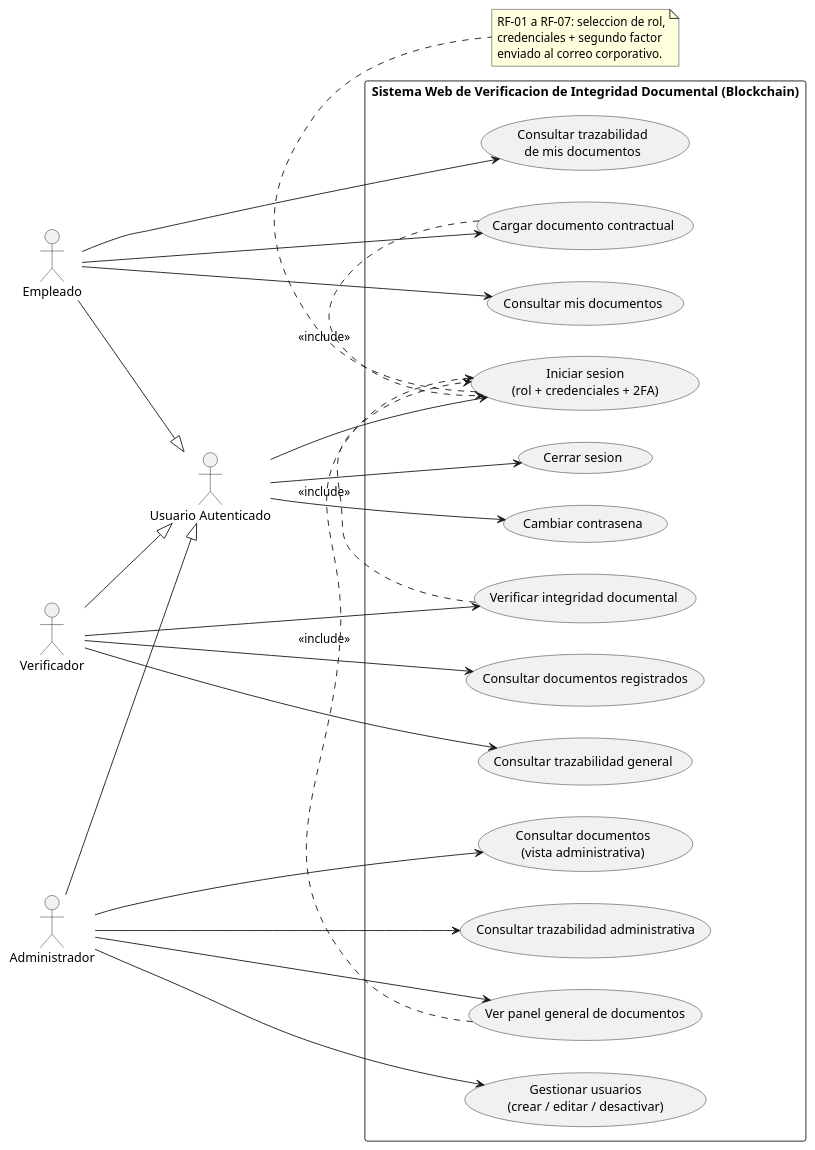
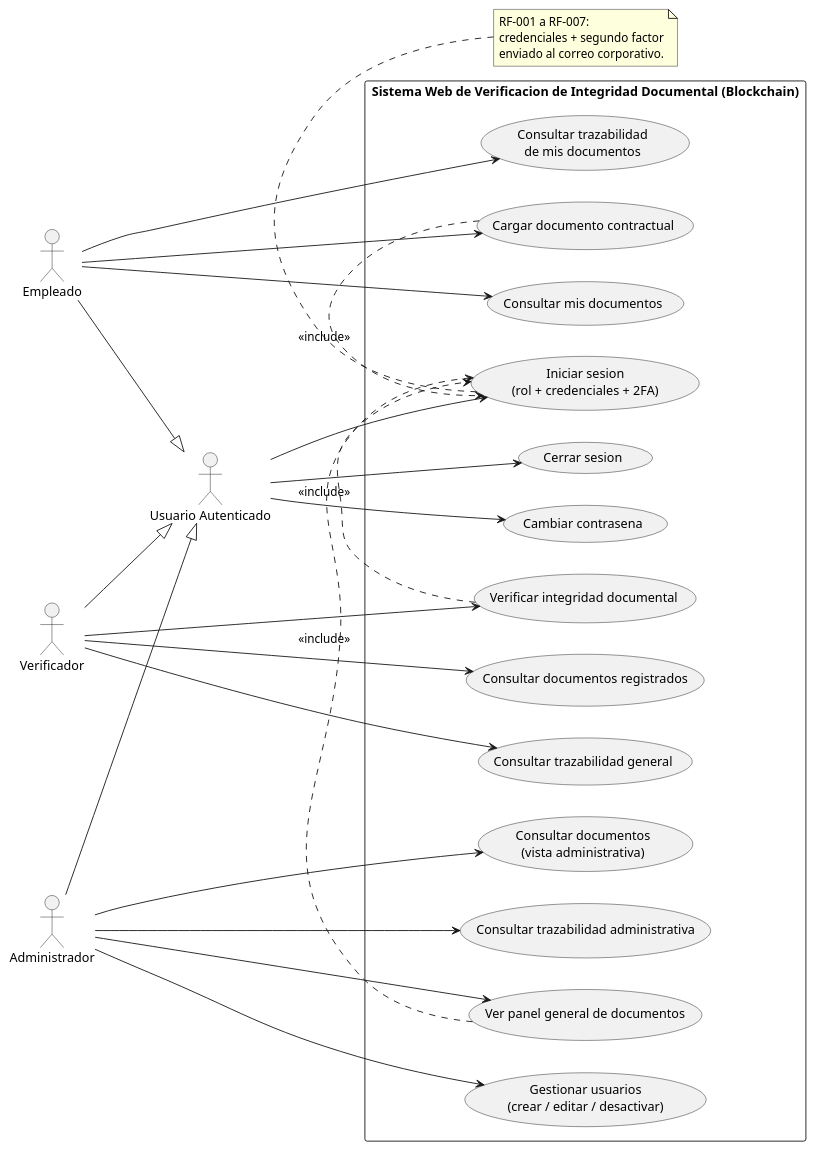
The diagram in docs/uml/00-diagrama-casos-de-uso.puml (swummen/Blockchain_Contratos), drawn with PlantUML before and after one commit.

Commit message:
Cambio en la linea 54, informacion con respecto al rol que no se seguira usando

```diff
--- a/docs/uml/00-diagrama-casos-de-uso.puml
+++ b/docs/uml/00-diagrama-casos-de-uso.puml
@@ -1,59 +1,59 @@
 @startuml 00-diagrama-casos-de-uso
 left to right direction
 skinparam packageStyle rectangle
 
 actor "Usuario Autenticado" as UsuarioBase
 actor Empleado
 actor Verificador
 actor Administrador
 
 Empleado --|> UsuarioBase
 Verificador --|> UsuarioBase
 Administrador --|> UsuarioBase
 
 rectangle "Sistema Web de Verificacion de Integridad Documental (Blockchain)" {
   usecase "Iniciar sesion\n(rol + credenciales + 2FA)" as UC_Login
   usecase "Cerrar sesion" as UC_Logout
   usecase "Cambiar contrasena" as UC_ChangePwd
 
   usecase "Cargar documento contractual" as UC_Upload
   usecase "Consultar mis documentos" as UC_MyDocs
   usecase "Consultar trazabilidad\nde mis documentos" as UC_MyTrace
 
   usecase "Verificar integridad documental" as UC_Verify
   usecase "Consultar documentos registrados" as UC_DocsVerifier
   usecase "Consultar trazabilidad general" as UC_TraceGeneral
 
   usecase "Ver panel general de documentos" as UC_Dashboard
   usecase "Gestionar usuarios\n(crear / editar / desactivar)" as UC_ManageUsers
   usecase "Consultar documentos\n(vista administrativa)" as UC_DocsAdmin
   usecase "Consultar trazabilidad administrativa" as UC_TraceAdmin
 }
 
 UsuarioBase --> UC_Login
 UsuarioBase --> UC_Logout
 UsuarioBase --> UC_ChangePwd
 
 Empleado --> UC_Upload
 Empleado --> UC_MyDocs
 Empleado --> UC_MyTrace
 
 Verificador --> UC_Verify
 Verificador --> UC_DocsVerifier
 Verificador --> UC_TraceGeneral
 
 Administrador --> UC_Dashboard
 Administrador --> UC_ManageUsers
 Administrador --> UC_DocsAdmin
 Administrador --> UC_TraceAdmin
 
 UC_Upload .> UC_Login : <<include>>
 UC_Verify .> UC_Login : <<include>>
 UC_Dashboard .> UC_Login : <<include>>
 
 note bottom of UC_Login
-  RF-01 a RF-07: seleccion de rol,
+  RF-001 a RF-007:
   credenciales + segundo factor
   enviado al correo corporativo.
 end note
 @enduml
```
